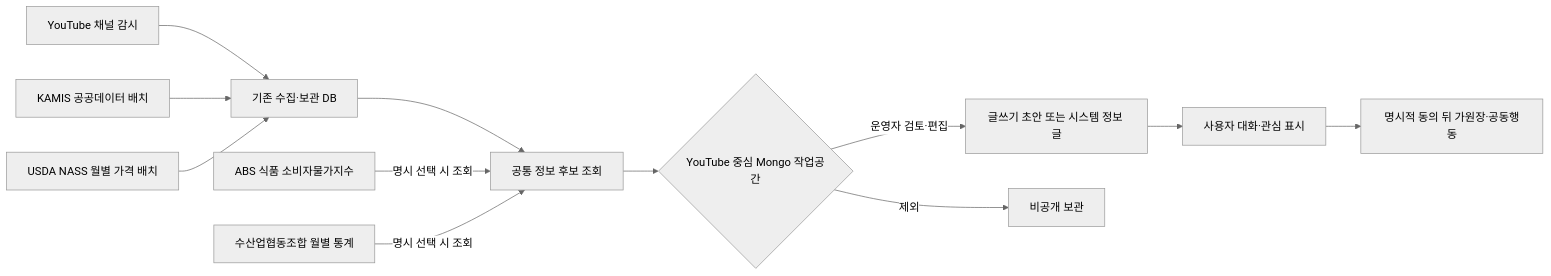
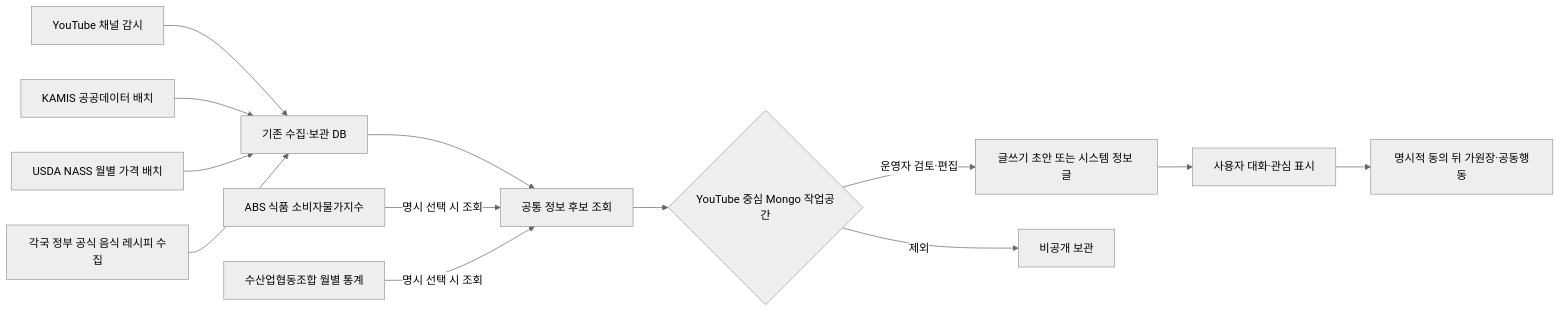
Before and after one commit to cheolwo/hongdal: the first of 2 diagrams in docs/Architecture/CommunityInformationCollection.md, drawn with Mermaid (neutral theme). The commit also changed other lines of this file and 26 other files, not shown here.

````diff
--- a/docs/Architecture/CommunityInformationCollection.md
+++ b/docs/Architecture/CommunityInformationCollection.md
@@ -7,14 +7,15 @@
 ```mermaid
 flowchart LR
     A["YouTube 채널 감시"] --> C["기존 수집·보관 DB"]
     B["KAMIS 공공데이터 배치"] --> C
     B1["USDA NASS 월별 가격 배치"] --> C
+    B4["각국 정부 공식 음식 레시피 수집"] --> C
     C --> D["공통 정보 후보 조회"]
     B3["ABS 식품 소비자물가지수"] -->|명시 선택 시 조회| D
     B2["수산업협동조합 월별 통계"] -->|명시 선택 시 조회| D
     D --> E{"YouTube 중심 Mongo 작업공간"}
     E -->|운영자 검토·편집| F["글쓰기 초안 또는 시스템 정보 글"]
     E -->|제외| G["비공개 보관"]
     F --> H["사용자 대화·관심 표시"]
     H --> I["명시적 동의 뒤 가원장·공동행동"]
 ```
````
